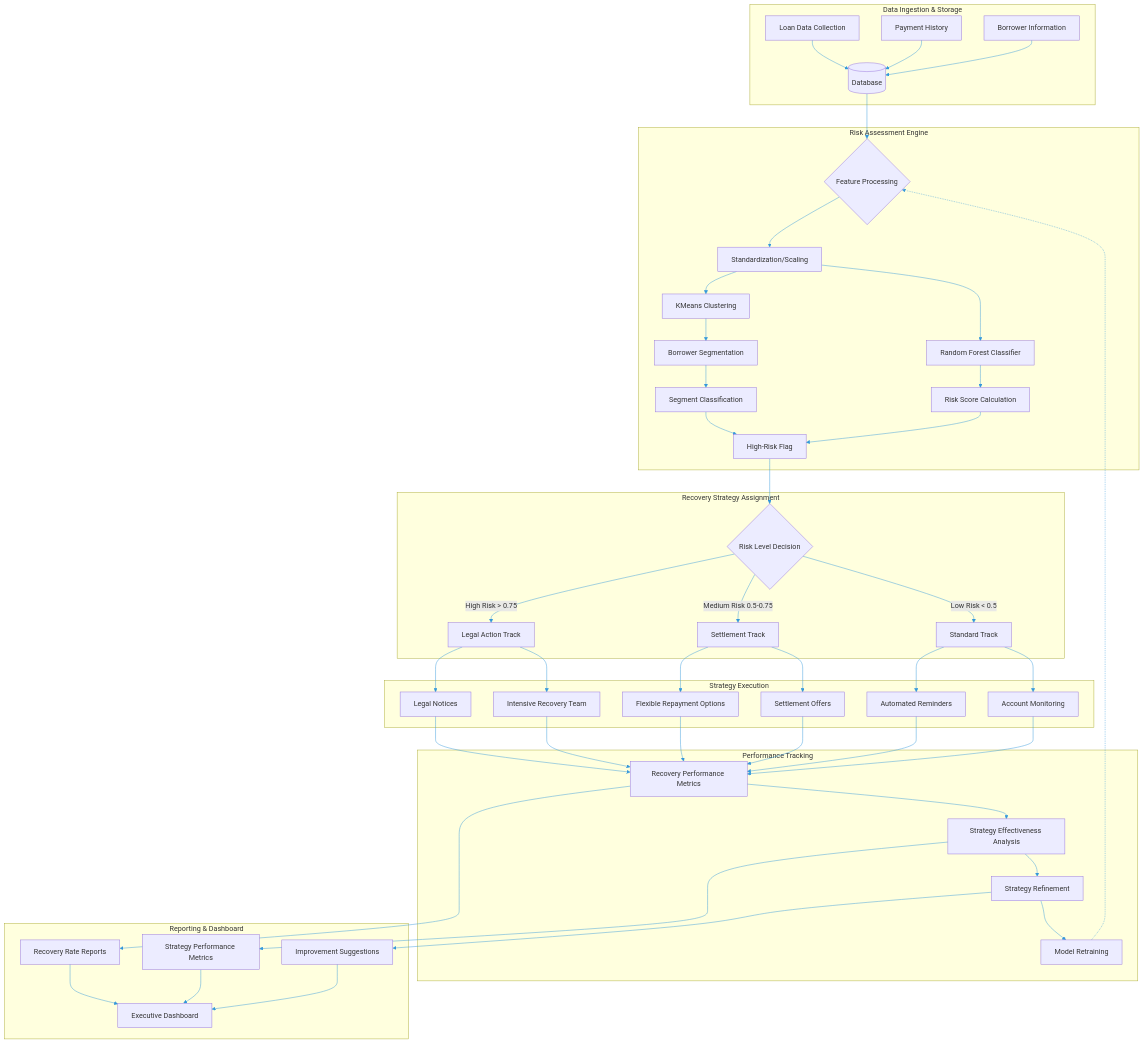
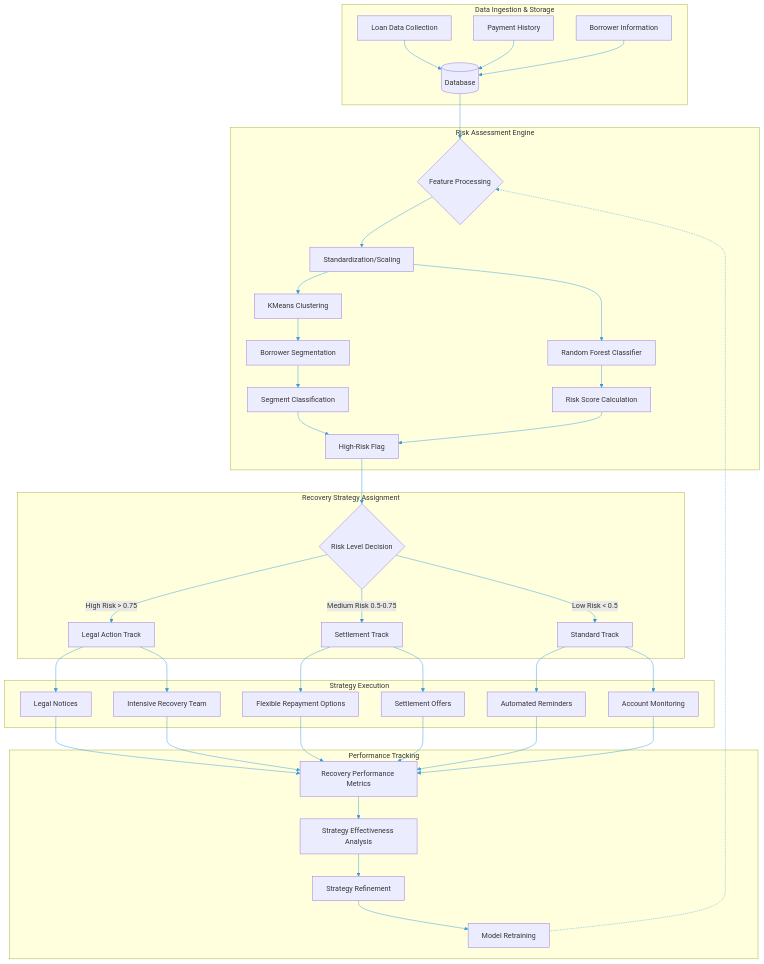
The diagram in README.md (ritvika-talreja/Loan-Recovery-Engine), drawn with Mermaid before and after one commit.

````diff
--- a/README.md
+++ b/README.md
@@ -21,52 +21,45 @@
 ```mermaid
 %%{init: {'theme': 'default', 'themeVariables': { 'primaryColor': '#f0f8ff', 'primaryTextColor': '#003366', 'primaryBorderColor': '#7fc1ff', 'lineColor': '#3498db', 'secondaryColor': '#f1f8e9', 'tertiaryColor': '#e8f5e9' }}}%%
 flowchart TD
     subgraph DataIngestion["Data Ingestion & Storage"]
         A[Loan Data Collection] --> B[(Database)]
         C[Payment History] --> B
         D[Borrower Information] --> B
     end
 
     subgraph RiskAssessment["Risk Assessment Engine"]
         B --> E{Feature Processing}
         E --> F[Standardization/Scaling]
         F --> G[KMeans Clustering]
         F --> H[Random Forest Classifier]
         G --> I[Borrower Segmentation]
         H --> J[Risk Score Calculation]
         I --> K[Segment Classification]
         K --> L[High-Risk Flag]
         J --> L
     end
 
     subgraph RecoveryStrategy["Recovery Strategy Assignment"]
         L --> M{Risk Level Decision}
         M -->|High Risk > 0.75| N[Legal Action Track]
         M -->|Medium Risk 0.5-0.75| O[Settlement Track]
         M -->|Low Risk < 0.5| P[Standard Track]
     end
 
     subgraph ExecutionEngine["Strategy Execution"]
         N --> Q[Legal Notices]
         N --> R[Intensive Recovery Team]
         O --> S[Flexible Repayment Options]
         O --> T[Settlement Offers]
         P --> U[Automated Reminders]
         P --> V[Account Monitoring]
     end
 
     subgraph PerformanceTracking["Performance Tracking"]
         Q & R & S & T & U & V --> W[Recovery Performance Metrics]
         W --> X[Strategy Effectiveness Analysis]
         X --> Y[Strategy Refinement]
         Y --> Z[Model Retraining]
         Z -.-> E
     end
-
-    subgraph Dashboard["Reporting & Dashboard"]
-        W --> AA[Recovery Rate Reports]
-        X --> BB[Strategy Performance Metrics]
-        Y --> CC[Improvement Suggestions]
-        AA & BB & CC --> DD[Executive Dashboard]
-    end
 ```
````
